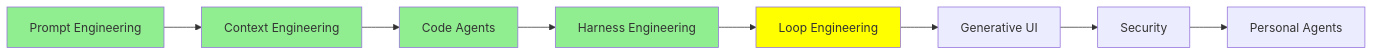
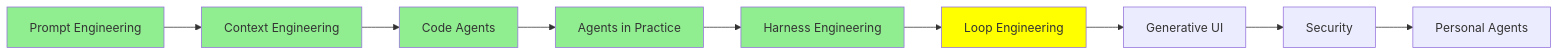
The second of 2 diagrams in mini-courses/2_intermediate/loop_engineering.md (lokumai/ai-engineering-bazaar), drawn with Mermaid before and after one commit. The commit also changed other lines of this file and 51 other files, not shown here.

Commit message:
M68: Agents in Practice for engineers and the first For Everyone module, Claude Duet in Personal Agents, inline logos; M67 review fixes

````diff
--- a/mini-courses/2_intermediate/loop_engineering.md
+++ b/mini-courses/2_intermediate/loop_engineering.md
@@ -165,15 +165,17 @@
 ```mermaid
 graph LR
     A[Prompt Engineering] --> B[Context Engineering]
     B --> C[Code Agents]
-    C --> D[Harness Engineering]
-    D --> E[Loop Engineering]
-    E --> F[Generative UI]
-    F --> G[Security]
-    G --> H[Personal Agents]
+    C --> D[Agents in Practice]
+    D --> E[Harness Engineering]
+    E --> F[Loop Engineering]
+    F --> G[Generative UI]
+    G --> H[Security]
+    H --> I[Personal Agents]
     style A fill:#90EE90
     style B fill:#90EE90
     style C fill:#90EE90
     style D fill:#90EE90
-    style E fill:#FFFF00
+    style E fill:#90EE90
+    style F fill:#FFFF00
 ```
````
